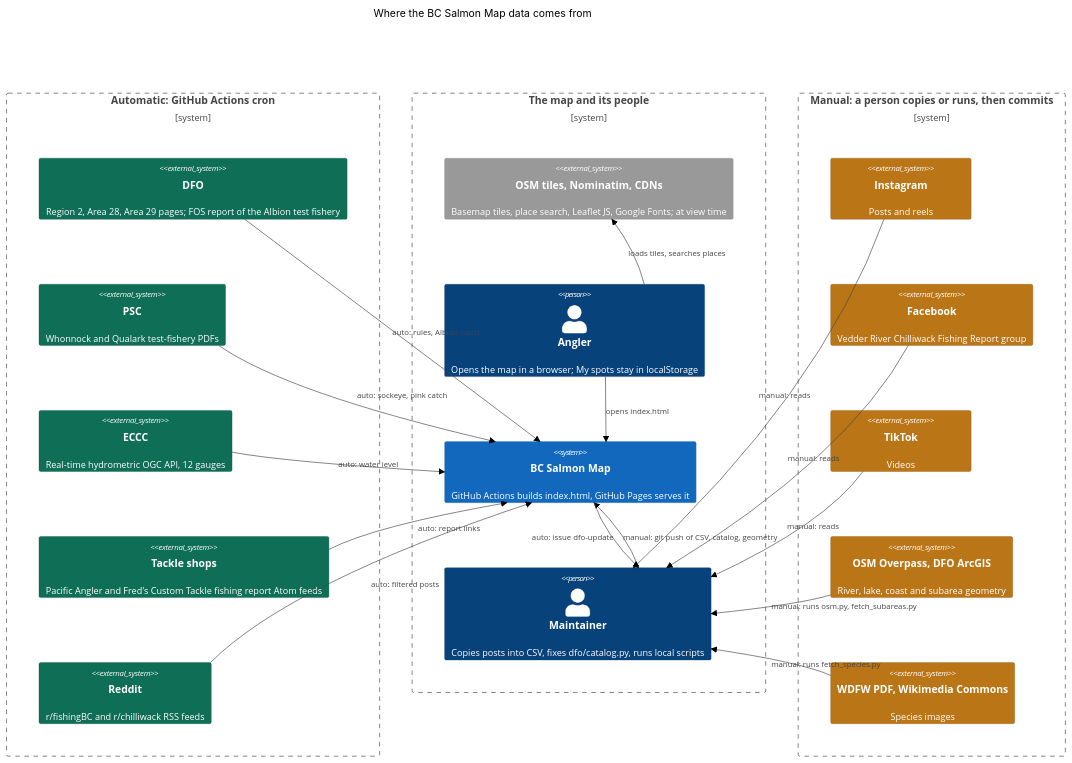
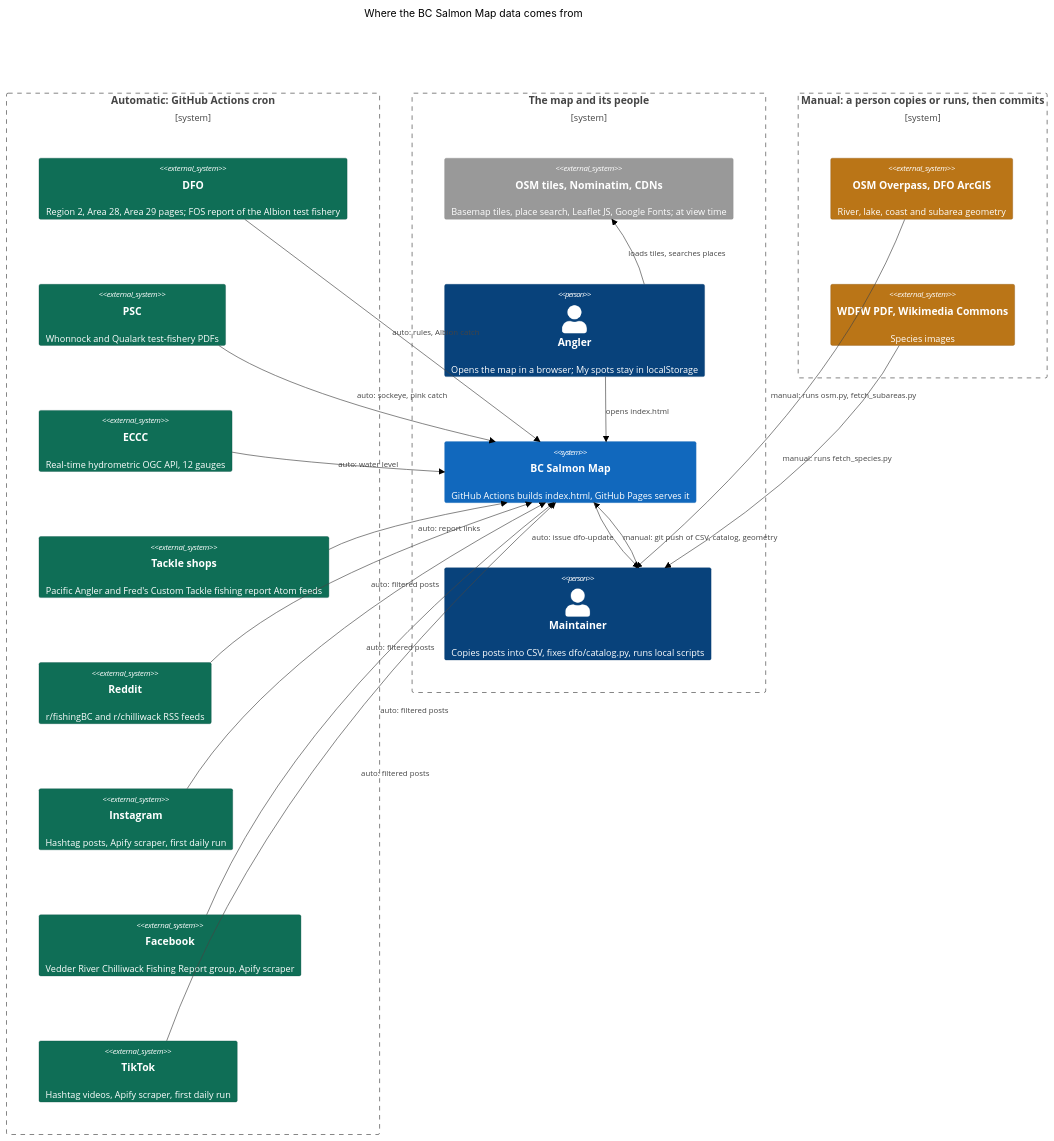
One commit to volkotyk/bc-salmon-map changed the first of 2 diagrams in docs/architecture.md. Above: the diagram before and after it, drawn with Mermaid (neutral theme). The commit also changed other lines of this file and 4 other files, not shown here.

First line of the commit message:
Read Instagram, TikTok and a Facebook group through Apify scrapers (#24)

````diff
--- a/docs/architecture.md
+++ b/docs/architecture.md
@@ -11,60 +11,60 @@
 ```mermaid
 C4Context
   title Where the BC Salmon Map data comes from
 
   Boundary(auto, "Automatic: GitHub Actions cron") {
     System_Ext(dfo, "DFO", "Region 2, Area 28, Area 29 pages; FOS report of the Albion test fishery")
     System_Ext(psc, "PSC", "Whonnock and Qualark test-fishery PDFs")
     System_Ext(eccc, "ECCC", "Real-time hydrometric OGC API, 12 gauges")
     System_Ext(pa, "Tackle shops", "Pacific Angler and Fred's Custom Tackle fishing report Atom feeds")
     System_Ext(reddit, "Reddit", "r/fishingBC and r/chilliwack RSS feeds")
+    System_Ext(ig, "Instagram", "Hashtag posts, Apify scraper, first daily run")
+    System_Ext(fb, "Facebook", "Vedder River Chilliwack Fishing Report group, Apify scraper")
+    System_Ext(tt, "TikTok", "Hashtag videos, Apify scraper, first daily run")
   }
 
   Boundary(core, "The map and its people") {
     System_Ext(tiles, "OSM tiles, Nominatim, CDNs", "Basemap tiles, place search, Leaflet JS, Google Fonts; at view time")
     Person(angler, "Angler", "Opens the map in a browser; My spots stay in localStorage")
     System(map, "BC Salmon Map", "GitHub Actions builds index.html, GitHub Pages serves it")
     Person(maint, "Maintainer", "Copies posts into CSV, fixes dfo/catalog.py, runs local scripts")
   }
 
   Boundary(manual, "Manual: a person copies or runs, then commits") {
-    System_Ext(ig, "Instagram", "Posts and reels")
-    System_Ext(fb, "Facebook", "Vedder River Chilliwack Fishing Report group")
-    System_Ext(tt, "TikTok", "Videos")
     System_Ext(geo, "OSM Overpass, DFO ArcGIS", "River, lake, coast and subarea geometry")
     System_Ext(photos, "WDFW PDF, Wikimedia Commons", "Species images")
   }
 
   Rel(dfo, map, "auto: rules, Albion catch")
   Rel(psc, map, "auto: sockeye, pink catch")
   Rel(eccc, map, "auto: water level")
   Rel(pa, map, "auto: report links")
   Rel(reddit, map, "auto: filtered posts")
+  Rel(ig, map, "auto: filtered posts")
+  Rel(fb, map, "auto: filtered posts")
+  Rel(tt, map, "auto: filtered posts")
 
-  Rel(ig, maint, "manual: reads")
-  Rel(fb, maint, "manual: reads")
-  Rel(tt, maint, "manual: reads")
   Rel(geo, maint, "manual: runs osm.py, fetch_subareas.py")
   Rel(photos, maint, "manual: runs fetch_species.py")
 
   Rel(maint, map, "manual: git push of CSV, catalog, geometry")
   Rel(map, maint, "auto: issue dfo-update")
   Rel(angler, map, "opens index.html")
   Rel(angler, tiles, "loads tiles, searches places")
 
   UpdateRelStyle(maint, map, $offsetX="10")
   UpdateRelStyle(map, maint, $offsetX="-130")
 
-  UpdateElementStyle(ig, $bgColor="#BA7517", $borderColor="#854F0B")
-  UpdateElementStyle(fb, $bgColor="#BA7517", $borderColor="#854F0B")
-  UpdateElementStyle(tt, $bgColor="#BA7517", $borderColor="#854F0B")
   UpdateElementStyle(geo, $bgColor="#BA7517", $borderColor="#854F0B")
   UpdateElementStyle(photos, $bgColor="#BA7517", $borderColor="#854F0B")
   UpdateElementStyle(dfo, $bgColor="#0F6E56", $borderColor="#085041")
   UpdateElementStyle(psc, $bgColor="#0F6E56", $borderColor="#085041")
   UpdateElementStyle(eccc, $bgColor="#0F6E56", $borderColor="#085041")
   UpdateElementStyle(pa, $bgColor="#0F6E56", $borderColor="#085041")
   UpdateElementStyle(reddit, $bgColor="#0F6E56", $borderColor="#085041")
+  UpdateElementStyle(ig, $bgColor="#0F6E56", $borderColor="#085041")
+  UpdateElementStyle(fb, $bgColor="#0F6E56", $borderColor="#085041")
+  UpdateElementStyle(tt, $bgColor="#0F6E56", $borderColor="#085041")
 
   UpdateLayoutConfig($c4ShapeInRow="1", $c4BoundaryInRow="3")
 ```
````
